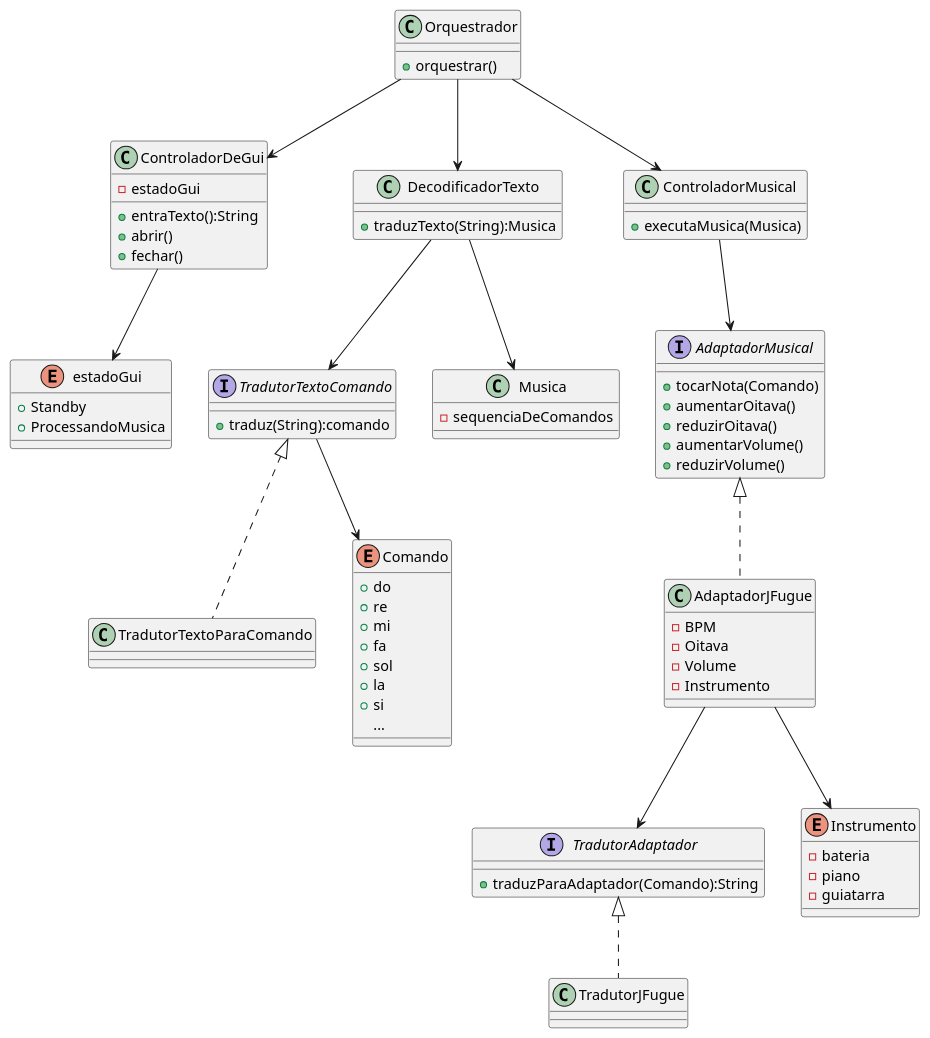
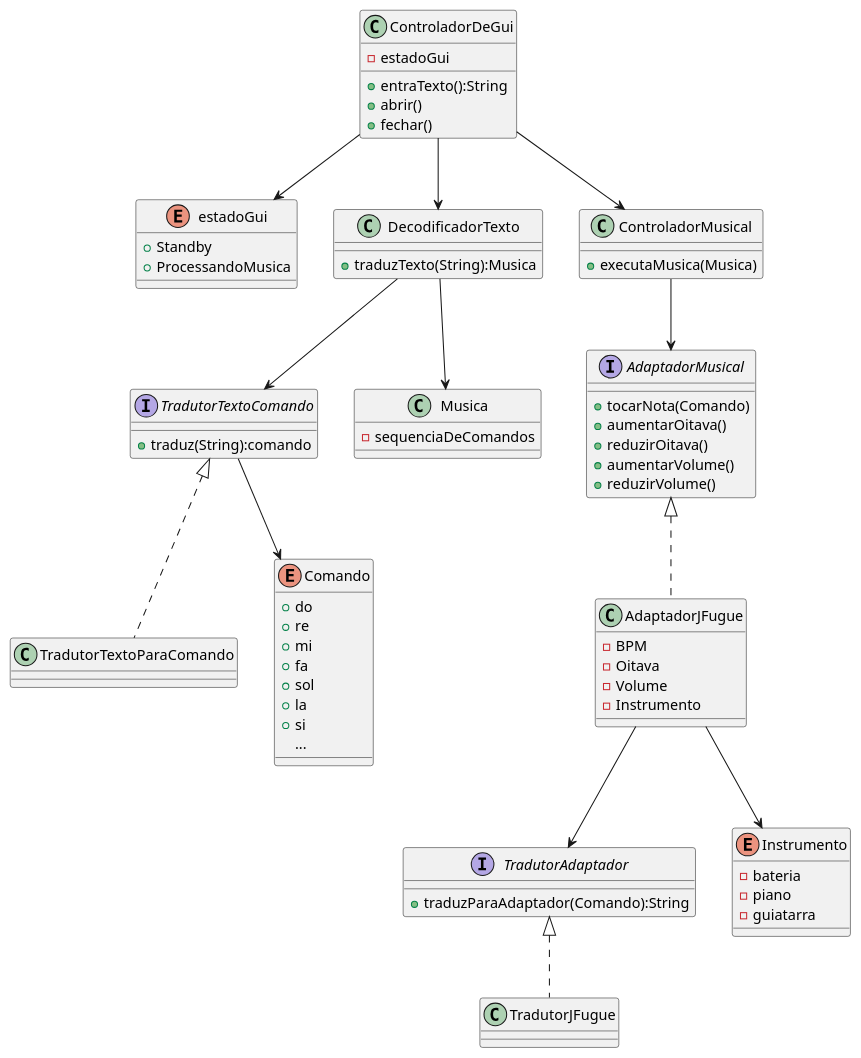
Before and after one commit to JoaoCosme/TCP: the diagram in diagramaDeClasses.puml, drawn with PlantUML. The commit also changed 1 other file, not shown here.

Commit message:
Atualizado diagrama de classes

```diff
--- a/diagramaDeClasses.puml
+++ b/diagramaDeClasses.puml
@@ -1,90 +1,85 @@
 @startuml classes
-
-class Orquestrador{
-    + orquestrar()
-}
 
 class ControladorDeGui{
     - estadoGui
     + entraTexto():String
     + abrir()
     + fechar()
 }
 
 enum estadoGui{
     + Standby
     + ProcessandoMusica
 }
 
 class DecodificadorTexto{
     + traduzTexto(String):Musica
 }
 
 interface TradutorTextoComando{
     + traduz(String):comando
 }
 
 class TradutorTextoParaComando implements TradutorTextoComando{}
 
 class ControladorMusical{
     + executaMusica(Musica)
 }
 
 interface AdaptadorMusical{
     + tocarNota(Comando)
     + aumentarOitava()
     + reduzirOitava()
     + aumentarVolume()
     + reduzirVolume()
 }
 
 class AdaptadorJFugue implements AdaptadorMusical{
     - BPM
     - Oitava
     - Volume
     - Instrumento
 }
 
 interface TradutorAdaptador{
     + traduzParaAdaptador(Comando):String
 }
 
 class TradutorJFugue implements TradutorAdaptador{
 
 }
 
 enum Instrumento{
     - bateria
     - piano
     - guiatarra
 }
 
 enum Comando{
     + do
     + re
     + mi
     + fa
     + sol
     + la
     + si
     ...
 }
 
 class Musica{
     - sequenciaDeComandos
 }
 
 
-Orquestrador --> DecodificadorTexto
-Orquestrador --> ControladorMusical
-Orquestrador --> ControladorDeGui
+ControladorDeGui --> DecodificadorTexto
+ControladorDeGui --> ControladorMusical
 DecodificadorTexto --> TradutorTextoComando
 DecodificadorTexto --> Musica
 ControladorMusical --> AdaptadorMusical
 TradutorTextoComando --> Comando
 ControladorDeGui --> estadoGui
 AdaptadorJFugue --> Instrumento
 AdaptadorJFugue --> TradutorAdaptador
 
 
 @enduml
```
